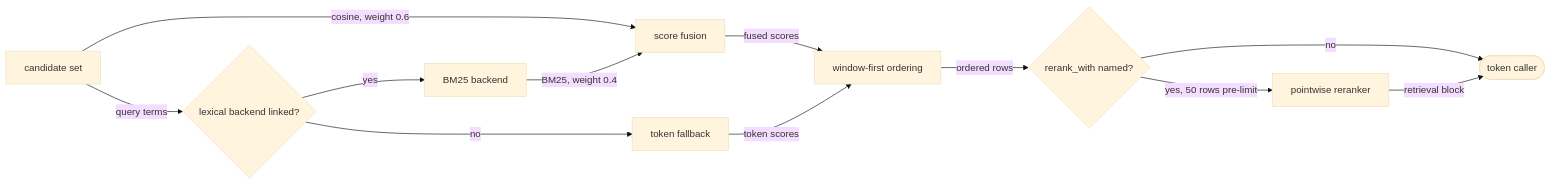
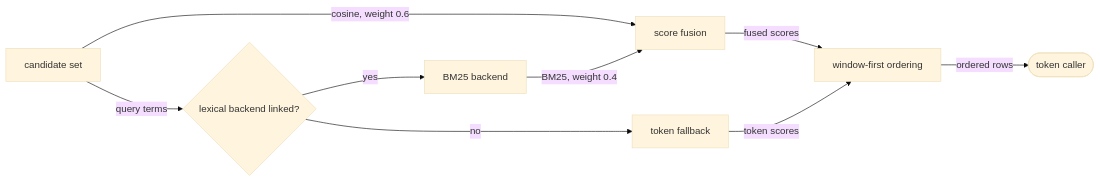
One commit to fractalboxdev/contextful changed the fourth of 5 diagrams in spec/20-read.md. Above: the diagram before and after it, drawn with Mermaid (base theme). The commit also changed other lines of this file and 32 other files, not shown here.

````diff
--- a/spec/20-read.md
+++ b/spec/20-read.md
@@ -413,14 +403,11 @@
 ```mermaid
 flowchart LR
   C["candidate set"] -->|"cosine, weight 0.6"| FU["score fusion"]
   C -->|"query terms"| L{"lexical backend linked?"}
   L -->|"yes"| B["BM25 backend"]
   L -->|"no"| TF["token fallback"]
   B -->|"BM25, weight 0.4"| FU
   FU -->|"fused scores"| ORD["window-first ordering"]
   TF -->|"token scores"| ORD
-  ORD -->|"ordered rows"| RR{"rerank_with named?"}
-  RR -->|"no"| OUT(["token caller"])
-  RR -->|"yes, 50 rows pre-limit"| RER["pointwise reranker"]
-  RER -->|"retrieval block"| OUT
+  ORD -->|"ordered rows"| OUT(["token caller"])
 ```
````
